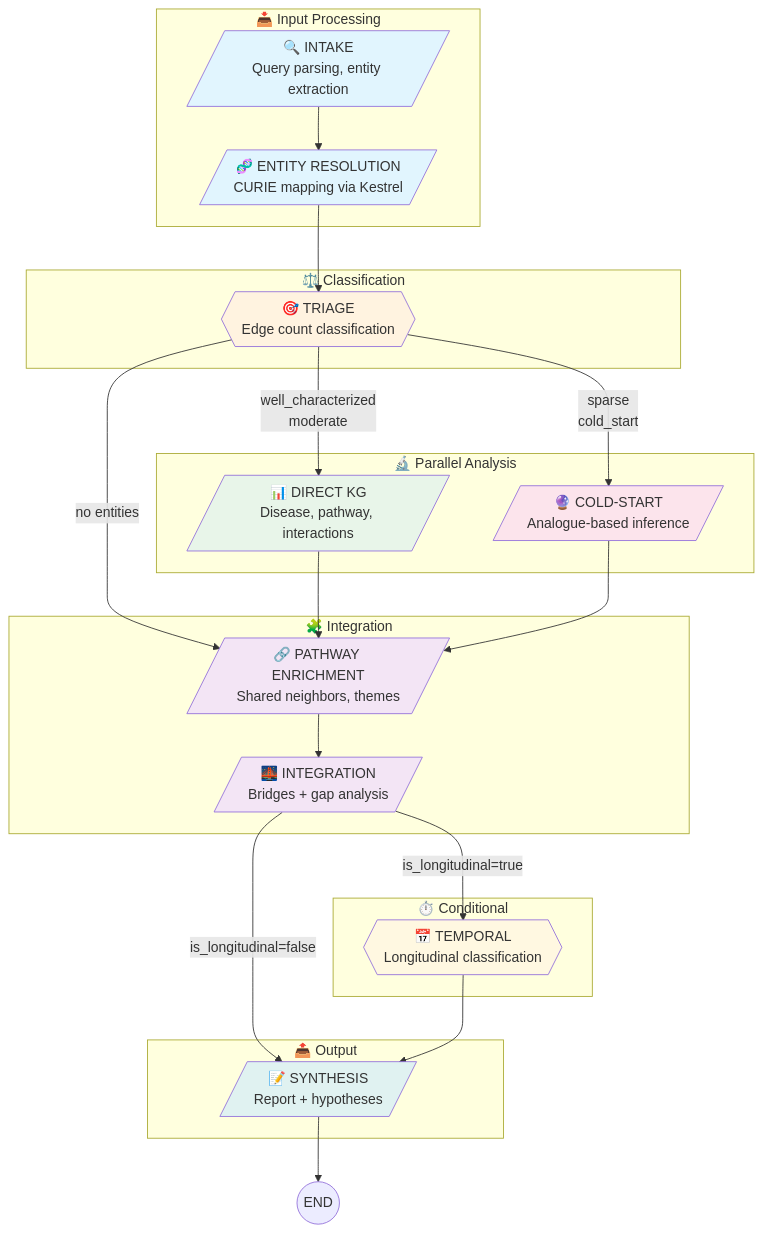
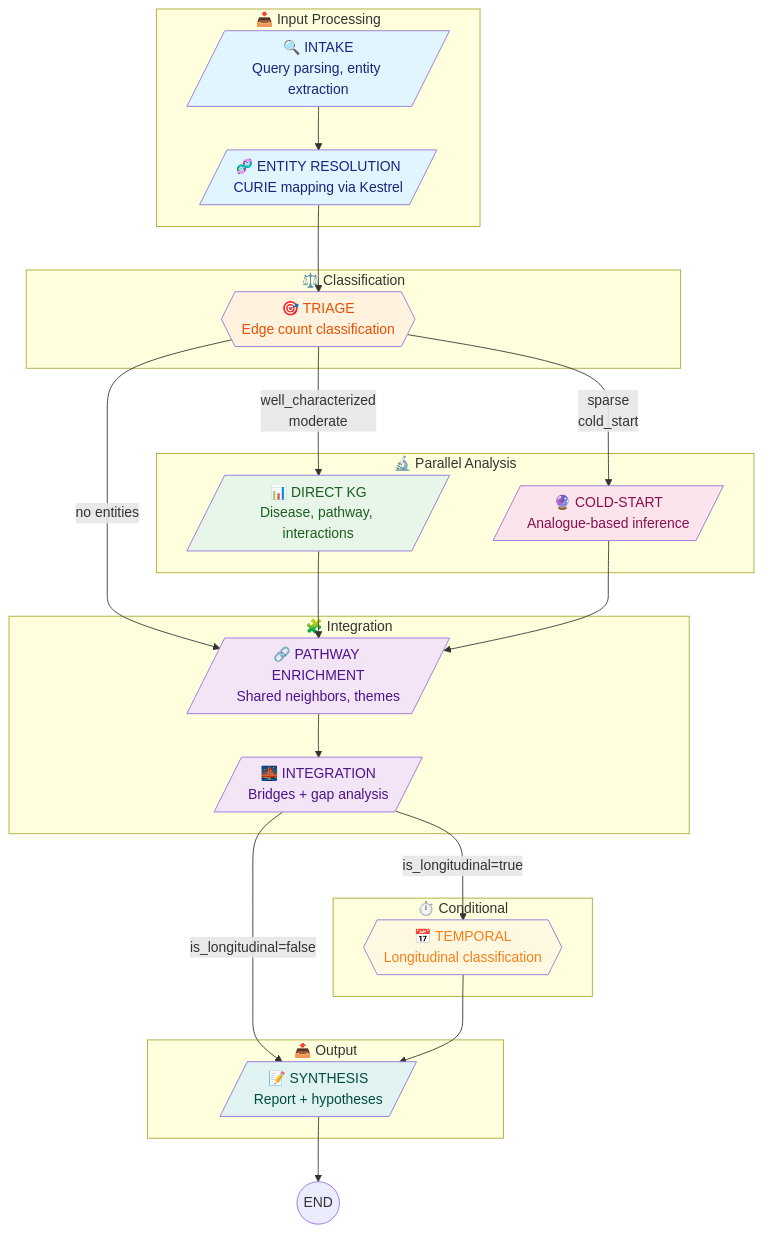
Before and after one commit to trentleslie/kraken-chatbot: the diagram in docs/discovery-pipeline.md, drawn with Mermaid.

Commit message:
docs: Add dark text colors to Mermaid chart for readability

````diff
--- a/docs/discovery-pipeline.md
+++ b/docs/discovery-pipeline.md
@@ -17,55 +17,55 @@
 ```mermaid
 flowchart TD
     subgraph Input["📥 Input Processing"]
         A[/"🔍 INTAKE<br/>Query parsing, entity extraction"/]
         B[/"🧬 ENTITY RESOLUTION<br/>CURIE mapping via Kestrel"/]
     end
 
     subgraph Triage["⚖️ Classification"]
         C{{"🎯 TRIAGE<br/>Edge count classification"}}
     end
 
     subgraph Analysis["🔬 Parallel Analysis"]
         D[/"📊 DIRECT KG<br/>Disease, pathway, interactions"/]
         E[/"🔮 COLD-START<br/>Analogue-based inference"/]
     end
 
     subgraph Enrichment["🧩 Integration"]
         F[/"🔗 PATHWAY ENRICHMENT<br/>Shared neighbors, themes"/]
         G[/"🌉 INTEGRATION<br/>Bridges + gap analysis"/]
     end
 
     subgraph Temporal["⏱️ Conditional"]
         H{{"📅 TEMPORAL<br/>Longitudinal classification"}}
     end
 
     subgraph Output["📤 Output"]
         I[/"📝 SYNTHESIS<br/>Report + hypotheses"/]
     end
 
     A --> B --> C
 
     C -->|"well_characterized<br/>moderate"| D
     C -->|"sparse<br/>cold_start"| E
     C -->|"no entities"| F
 
     D --> F
     E --> F
     F --> G
 
     G -->|"is_longitudinal=true"| H
     G -->|"is_longitudinal=false"| I
     H --> I
 
     I --> J((END))
 
-    style A fill:#e1f5fe
-    style B fill:#e1f5fe
-    style C fill:#fff3e0
-    style D fill:#e8f5e9
-    style E fill:#fce4ec
-    style F fill:#f3e5f5
-    style G fill:#f3e5f5
-    style H fill:#fff8e1
-    style I fill:#e0f2f1
+    style A fill:#e1f5fe,color:#1a237e
+    style B fill:#e1f5fe,color:#1a237e
+    style C fill:#fff3e0,color:#e65100
+    style D fill:#e8f5e9,color:#1b5e20
+    style E fill:#fce4ec,color:#880e4f
+    style F fill:#f3e5f5,color:#4a148c
+    style G fill:#f3e5f5,color:#4a148c
+    style H fill:#fff8e1,color:#f57f17
+    style I fill:#e0f2f1,color:#004d40
 ```
````
